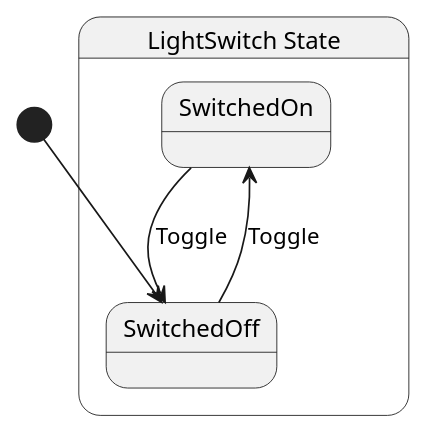
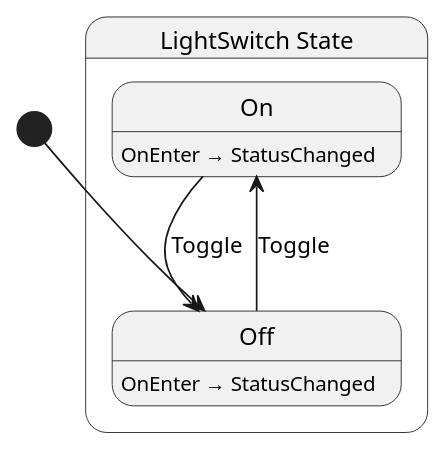
One commit to chickensoft-games/LogicBlocks changed the diagram in Chickensoft.LogicBlocks.Generator.Tests/test_cases/LightSwitch.g.puml. Above: the diagram before and after it, drawn with PlantUML. The commit also changed 25 other files, not shown here.

```diff
--- a/Chickensoft.LogicBlocks.Generator.Tests/test_cases/LightSwitch.g.puml
+++ b/Chickensoft.LogicBlocks.Generator.Tests/test_cases/LightSwitch.g.puml
@@ -1,11 +1,15 @@
 @startuml LightSwitch
 state "LightSwitch State" as Chickensoft_LogicBlocks_Generator_Tests_LightSwitch_State {
-  state "SwitchedOn" as Chickensoft_LogicBlocks_Generator_Tests_LightSwitch_State_SwitchedOn
-  state "SwitchedOff" as Chickensoft_LogicBlocks_Generator_Tests_LightSwitch_State_SwitchedOff
+  state "On" as Chickensoft_LogicBlocks_Generator_Tests_LightSwitch_State_On {
+    Chickensoft_LogicBlocks_Generator_Tests_LightSwitch_State_On : OnEnter → StatusChanged
+  }
+  state "Off" as Chickensoft_LogicBlocks_Generator_Tests_LightSwitch_State_Off {
+    Chickensoft_LogicBlocks_Generator_Tests_LightSwitch_State_Off : OnEnter → StatusChanged
+  }
 }
 
-Chickensoft_LogicBlocks_Generator_Tests_LightSwitch_State_SwitchedOff --> Chickensoft_LogicBlocks_Generator_Tests_LightSwitch_State_SwitchedOn : Toggle
-Chickensoft_LogicBlocks_Generator_Tests_LightSwitch_State_SwitchedOn --> Chickensoft_LogicBlocks_Generator_Tests_LightSwitch_State_SwitchedOff : Toggle
+Chickensoft_LogicBlocks_Generator_Tests_LightSwitch_State_Off --> Chickensoft_LogicBlocks_Generator_Tests_LightSwitch_State_On : Toggle
+Chickensoft_LogicBlocks_Generator_Tests_LightSwitch_State_On --> Chickensoft_LogicBlocks_Generator_Tests_LightSwitch_State_Off : Toggle
 
-[*] --> Chickensoft_LogicBlocks_Generator_Tests_LightSwitch_State_SwitchedOff
+[*] --> Chickensoft_LogicBlocks_Generator_Tests_LightSwitch_State_Off
 @enduml
```
